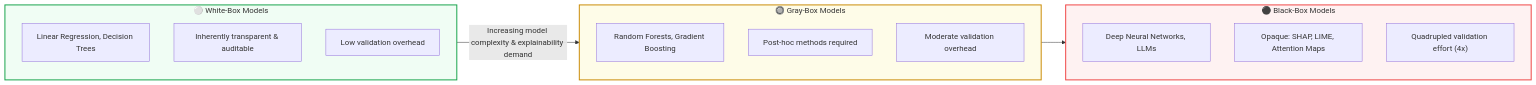
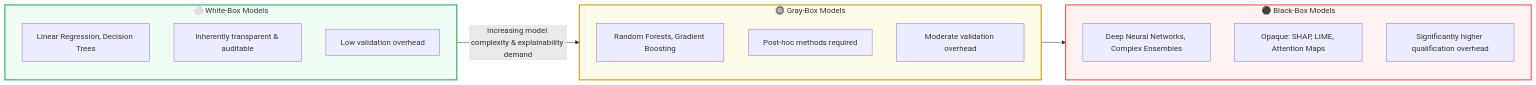
Before and after one commit to Lunaman06/Annex22: the diagram in docs/en/module_09_explainability_transparency.md, drawn with Mermaid. The commit also changed other lines of this file and 14 other files, not shown here.

````diff
--- a/docs/en/module_09_explainability_transparency.md
+++ b/docs/en/module_09_explainability_transparency.md
@@ -23,30 +23,30 @@
 ```mermaid
 graph LR
     subgraph WhiteBox["⚪ White-Box Models"]
         direction TB
         W1["Linear Regression, Decision Trees"]
         W2["Inherently transparent & auditable"]
         W3["Low validation overhead"]
     end
 
     subgraph GrayBox["🔘 Gray-Box Models"]
         direction TB
         G1["Random Forests, Gradient Boosting"]
         G2["Post-hoc methods required"]
         G3["Moderate validation overhead"]
     end
 
     subgraph BlackBox["⚫ Black-Box Models"]
         direction TB
-        B1["Deep Neural Networks, LLMs"]
+        B1["Deep Neural Networks, Complex Ensembles"]
         B2["Opaque: SHAP, LIME, Attention Maps"]
-        B3["Quadrupled validation effort (4x)"]
+        B3["Significantly higher qualification overhead"]
     end
 
     WhiteBox -->|Increasing model complexity & explainability demand| GrayBox
     GrayBox --> BlackBox
 
     style WhiteBox fill:#f0fdf4,stroke:#16a34a,stroke-width:2px
     style GrayBox fill:#fefce8,stroke:#ca8a04,stroke-width:2px
     style BlackBox fill:#fef2f2,stroke:#ef4444,stroke-width:2px
 ```
````
